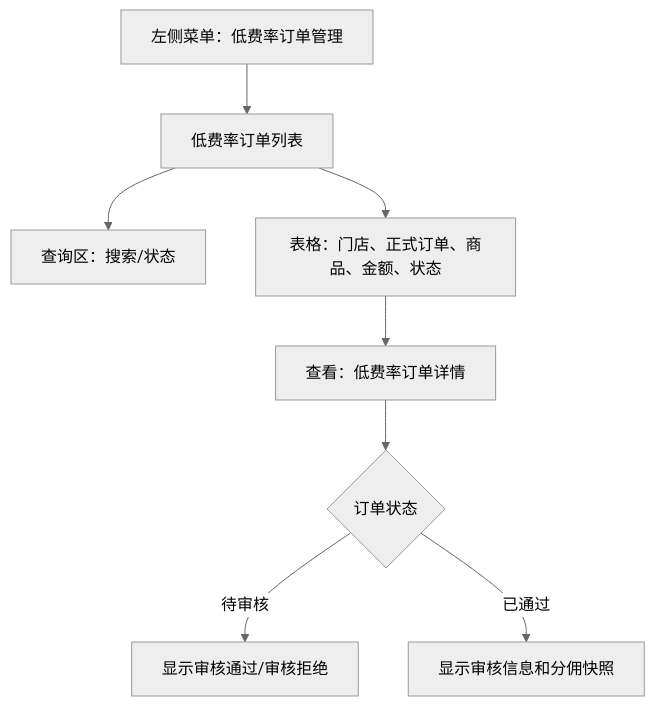
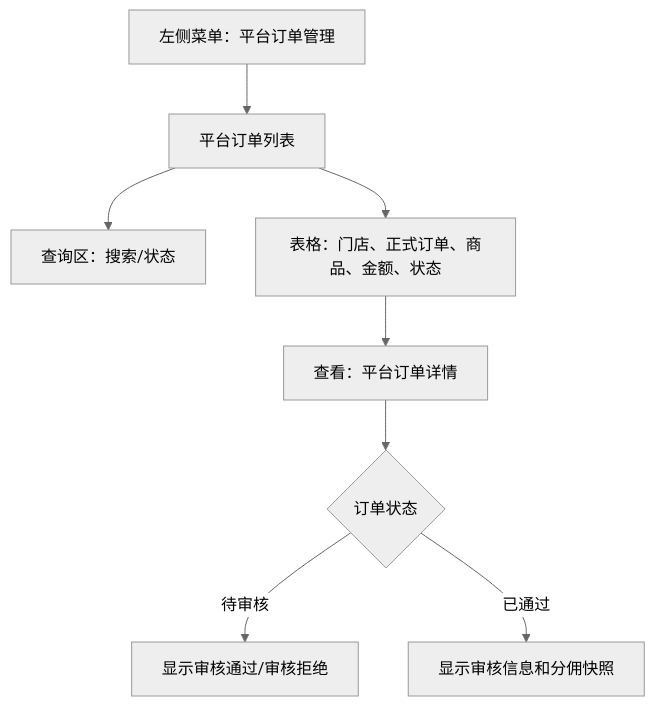
Before and after one commit to joezjyan-bot/mandian-prd: the first of 3 diagrams in PRD/V0.2/pages/07-低费率订单管理/README.md, drawn with Mermaid (neutral theme). The commit also changed other lines of this file and 6 other files, not shown here.

````diff
--- a/PRD/V0.2/pages/07-低费率订单管理/README.md
+++ b/PRD/V0.2/pages/07-低费率订单管理/README.md
@@ -20,10 +32,10 @@
 ```mermaid
 flowchart TD
-  A["左侧菜单：低费率订单管理"] --> B["低费率订单列表"]
+  A["左侧菜单：平台订单管理"] --> B["平台订单列表"]
   B --> C["查询区：搜索/状态"]
   B --> D["表格：门店、正式订单、商品、金额、状态"]
-  D --> E["查看：低费率订单详情"]
+  D --> E["查看：平台订单详情"]
   E --> F{"订单状态"}
   F -->|待审核| G["显示审核通过/审核拒绝"]
   F -->|已通过| H["显示审核信息和分佣快照"]
 ```
````
